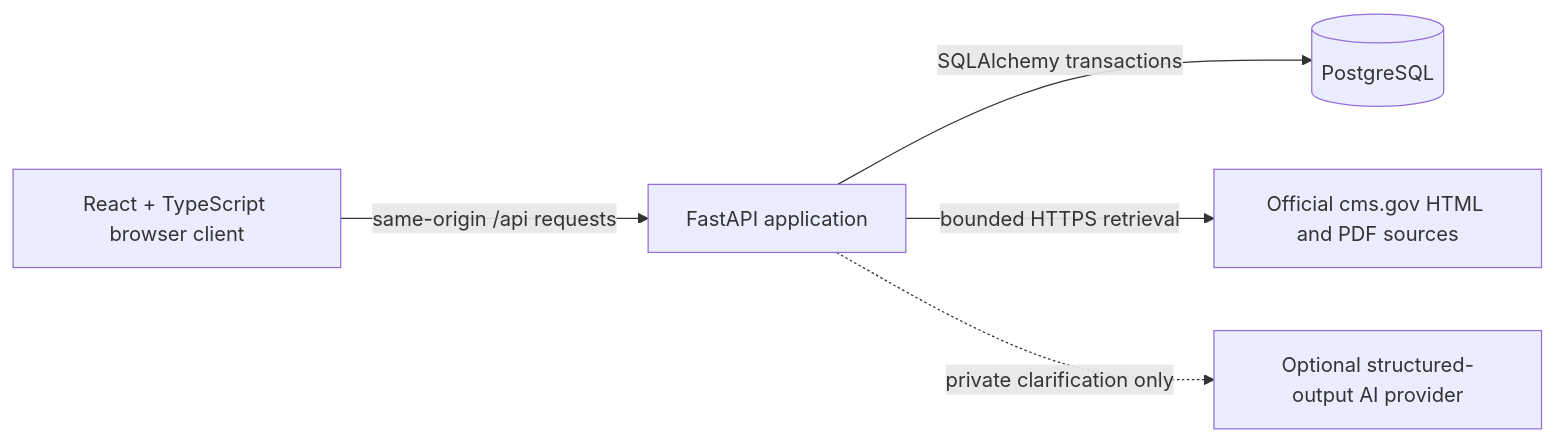
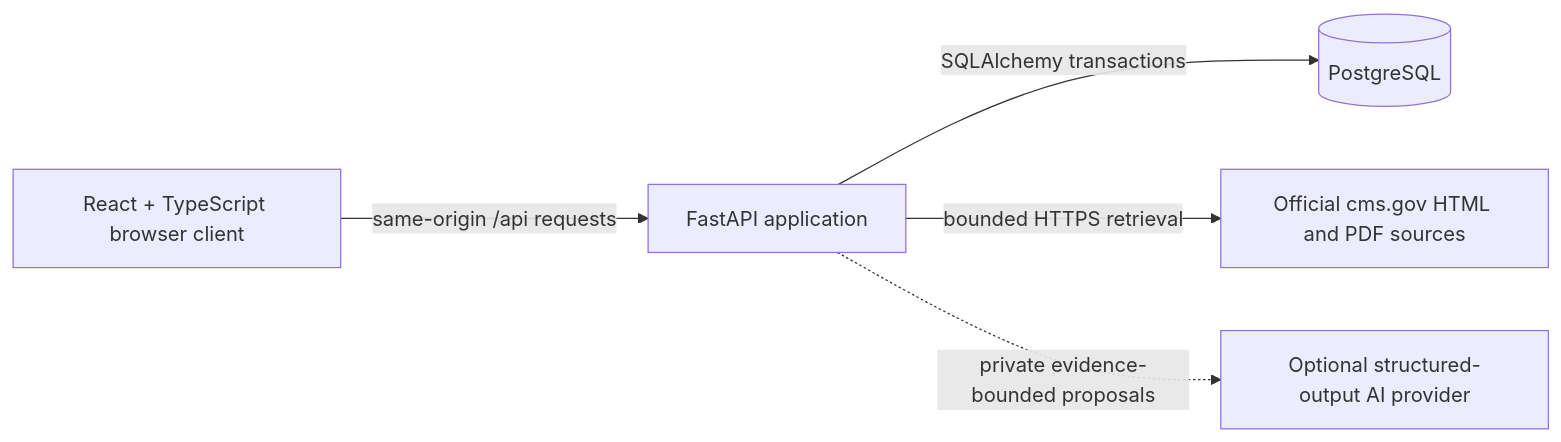
Before and after one commit to coco-siyu/cms-quality-intelligence: the diagram in docs/architecture.md, drawn with Mermaid. The commit also changed other lines of this file and 12 other files, not shown here.

````diff
--- a/docs/architecture.md
+++ b/docs/architecture.md
@@ -9,13 +9,13 @@
 ```mermaid
 flowchart LR
     Browser[React + TypeScript browser client]
     API[FastAPI application]
     DB[(PostgreSQL)]
     CMS[Official cms.gov HTML and PDF sources]
     AI[Optional structured-output AI provider]
 
     Browser -->|same-origin /api requests| API
     API -->|SQLAlchemy transactions| DB
     API -->|bounded HTTPS retrieval| CMS
-    API -. private clarification only .-> AI
+    API -. private evidence-bounded proposals .-> AI
 ```
````
